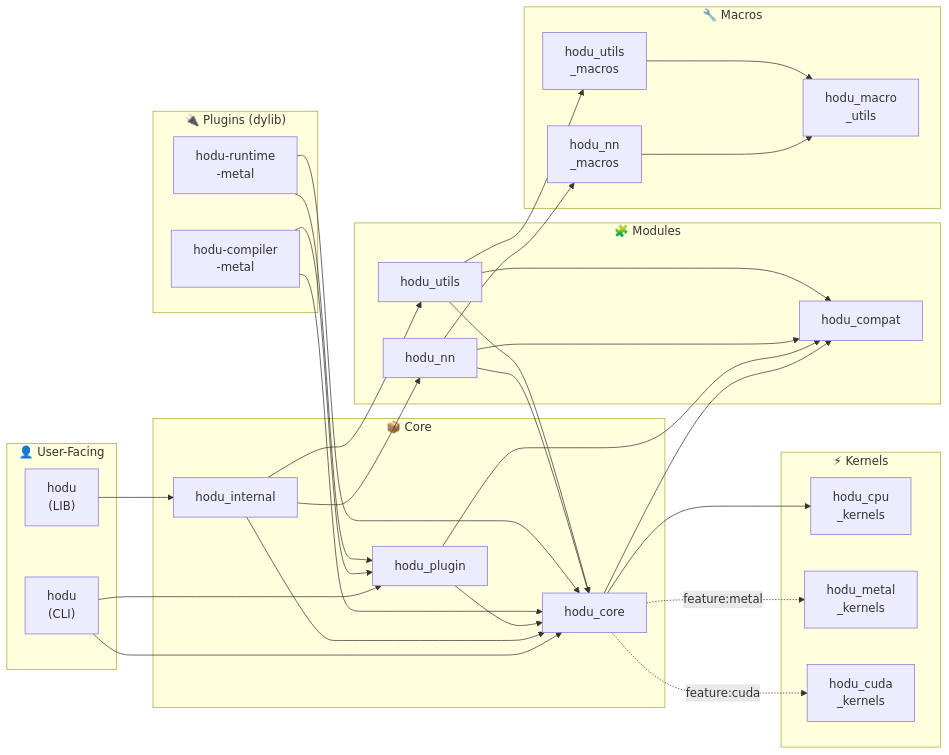
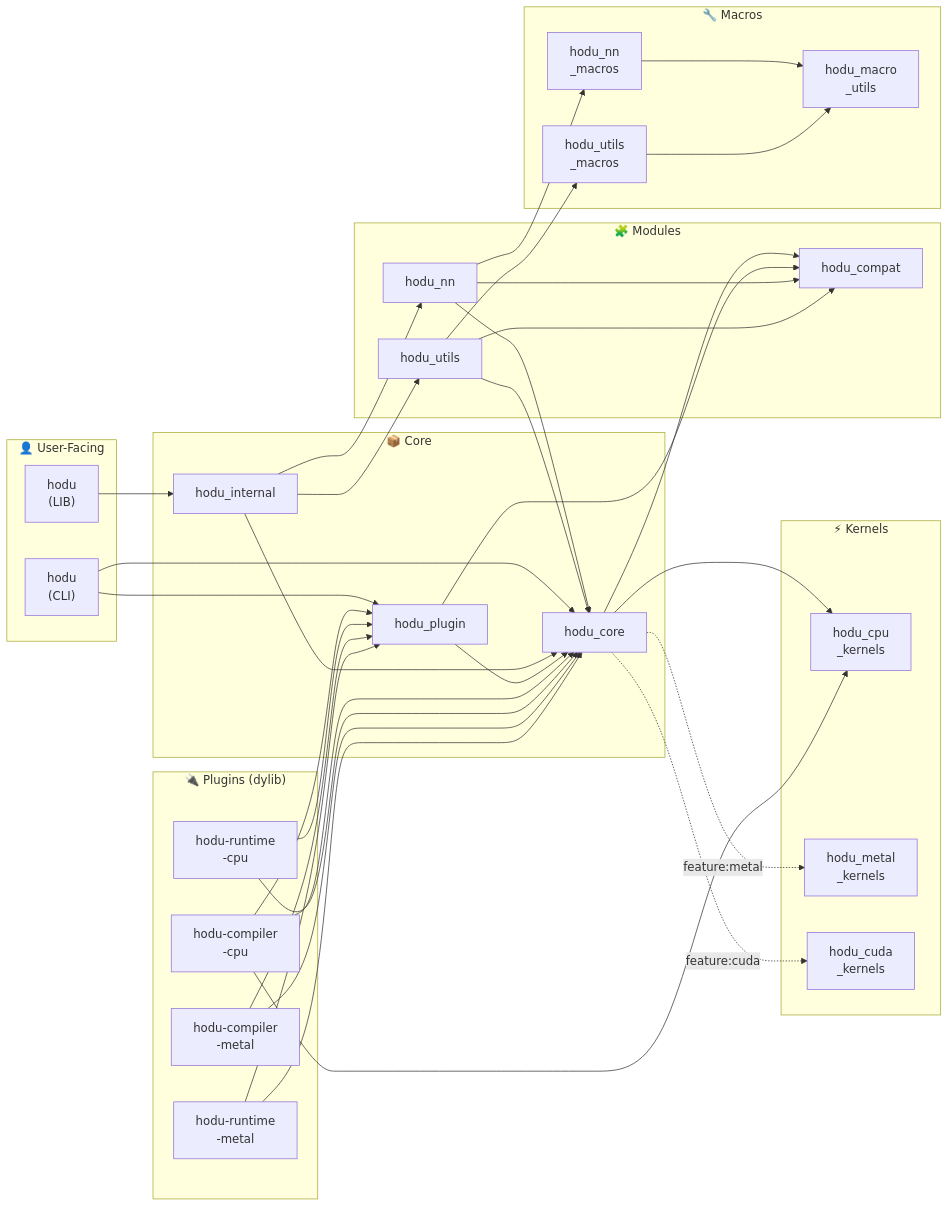
Before and after one commit to hodu-rs/hodu: the third of 4 diagrams in docs/TODOS_0.3.0-2.md, drawn with Mermaid. The commit also changed other lines of this file and 3 other files, not shown here.

First line of the commit message:
feat(plugin/compiler-cpu): bundle CPU kernels library and add BLAS support

```diff
--- a/docs/TODOS_0.3.0-2.md
+++ b/docs/TODOS_0.3.0-2.md
@@ -502,6 +502,8 @@
     end
 
     subgraph Plugins["🔌 Plugins (dylib)"]
+        compiler_cpu["hodu-compiler<br/>-cpu"]
+        runtime_cpu["hodu-runtime<br/>-cpu"]
         compiler_metal["hodu-compiler<br/>-metal"]
         runtime_metal["hodu-runtime<br/>-metal"]
     end
@@ -543,6 +545,11 @@
     utils_macros --> macro_utils
 
     %% Plugins
+    compiler_cpu --> plugin
+    compiler_cpu --> core
+    compiler_cpu --> cpu
+    runtime_cpu --> plugin
+    runtime_cpu --> core
     compiler_metal --> plugin
     compiler_metal --> core
     runtime_metal --> plugin
```
